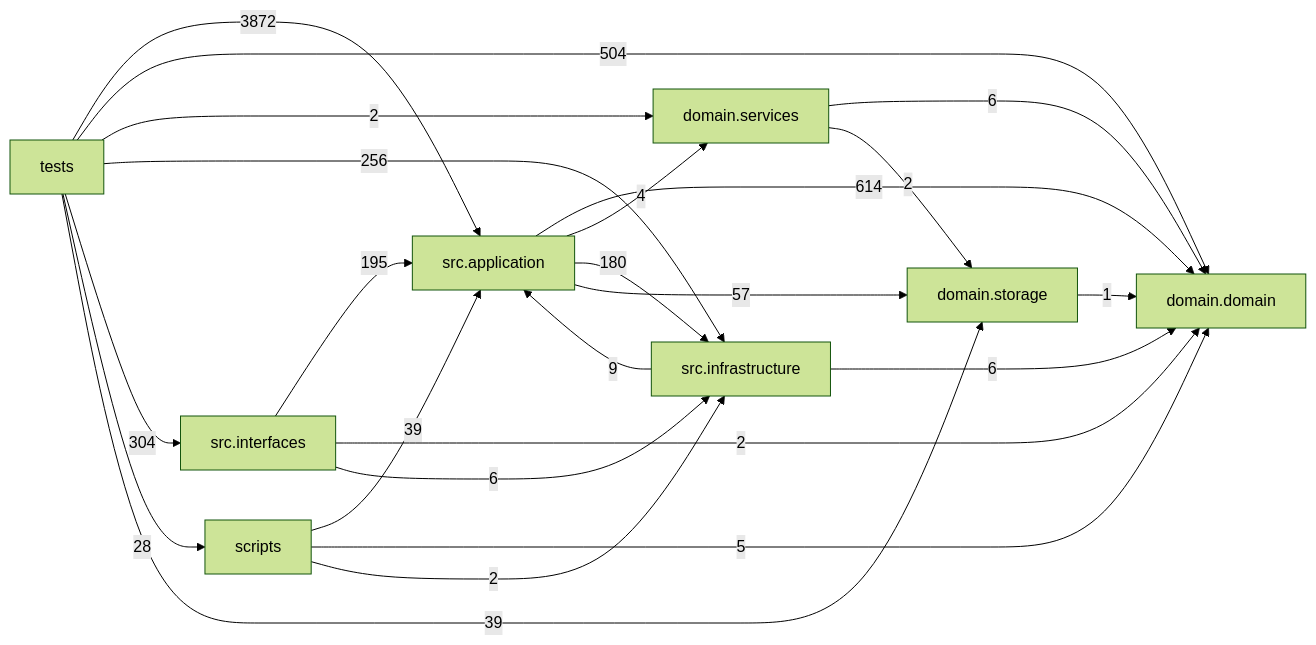
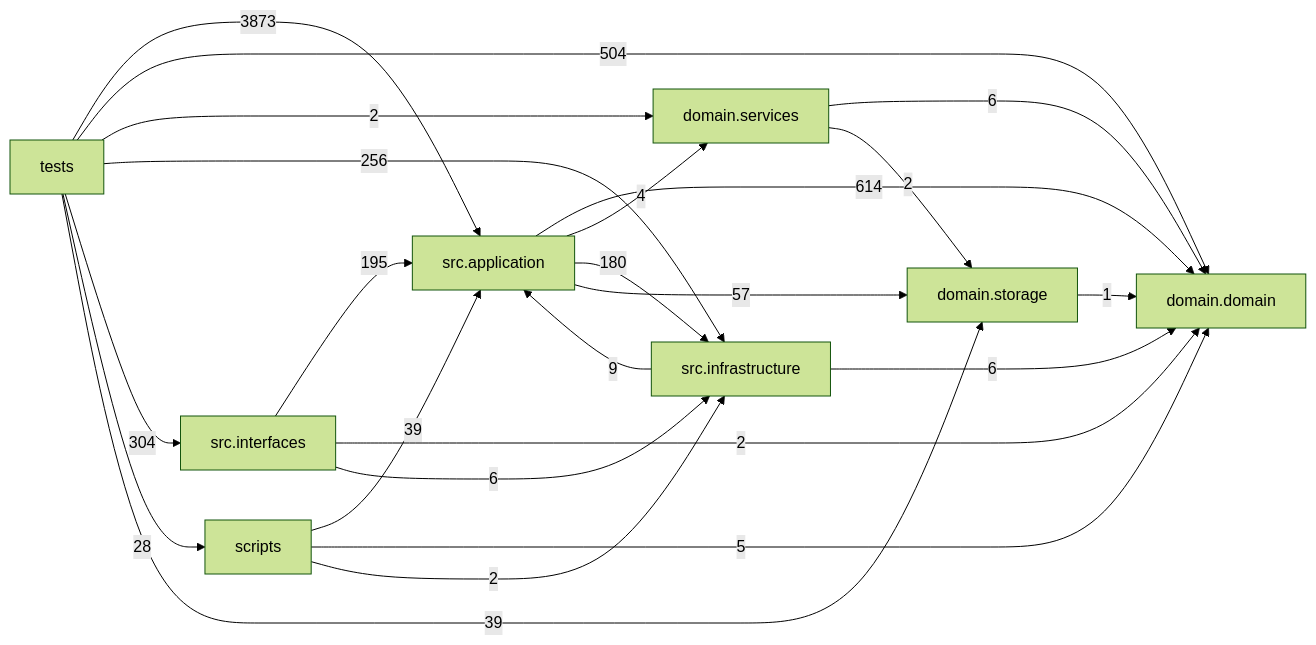
Before and after one commit to liuxie066/options-monitor: the diagram in docs/DEPENDENCY_GRAPH.md, drawn with Mermaid (forest theme). The commit also changed other lines of this file and 5 other files, not shown here.

````diff
--- a/docs/DEPENDENCY_GRAPH.md
+++ b/docs/DEPENDENCY_GRAPH.md
@@ -24,33 +24,33 @@
 ```mermaid
 flowchart LR
   tests["tests"]
   scripts["scripts"]
   interfaces["src.interfaces"]
   application["src.application"]
   infrastructure["src.infrastructure"]
   domain_services["domain.services"]
   domain["domain.domain"]
   storage["domain.storage"]
   application -->|614| domain
   application -->|4| domain_services
   application -->|180| infrastructure
   application -->|57| storage
   domain_services -->|6| domain
   domain_services -->|2| storage
   infrastructure -->|9| application
   infrastructure -->|6| domain
   interfaces -->|195| application
   interfaces -->|2| domain
   interfaces -->|6| infrastructure
   scripts -->|39| application
   scripts -->|5| domain
   scripts -->|2| infrastructure
   storage -->|1| domain
-  tests -->|3872| application
+  tests -->|3873| application
   tests -->|504| domain
   tests -->|2| domain_services
   tests -->|256| infrastructure
   tests -->|304| interfaces
   tests -->|28| scripts
   tests -->|39| storage
 ```
````
